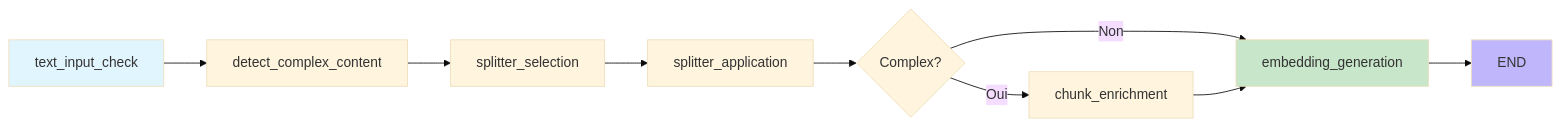
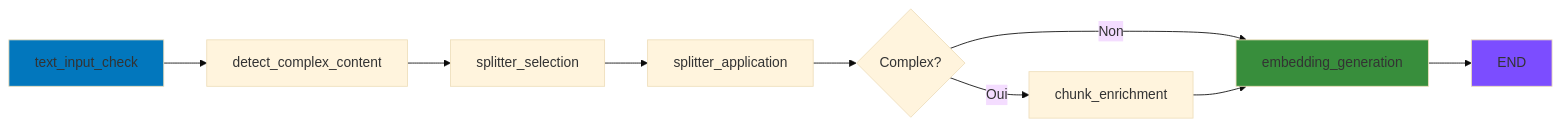
The second of 7 diagrams in src/content/docs/architecture/pipelines-traitement.mdx (mindlet-app/docs), drawn with Mermaid (base theme) before and after one commit. The commit also changed other lines of this file and 17 other files, not shown here.

First line of the commit message:
feat: Update Mermaid diagrams and enhance documentation clarity

````diff
--- a/src/content/docs/architecture/pipelines-traitement.mdx
+++ b/src/content/docs/architecture/pipelines-traitement.mdx
@@ -93,15 +93,15 @@
 ```mermaid
 graph LR
     A[text_input_check] --> B[detect_complex_content]
     B --> C[splitter_selection]
     C --> D[splitter_application]
     D --> E{Complex?}
     E -->|Oui| F[chunk_enrichment]
     E -->|Non| G[embedding_generation]
     F --> G
     G --> H[END]
     
-    style A fill:#e1f5fe
-    style G fill:#c8e6c9
-    style H fill:#bfb6fc
+    style A fill:#0277bd
+    style G fill:#388e3c
+    style H fill:#7c4dff
 ```
````
